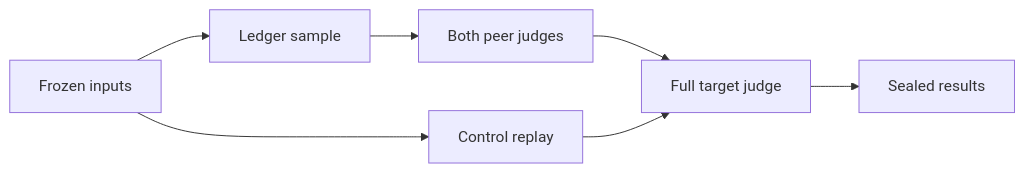
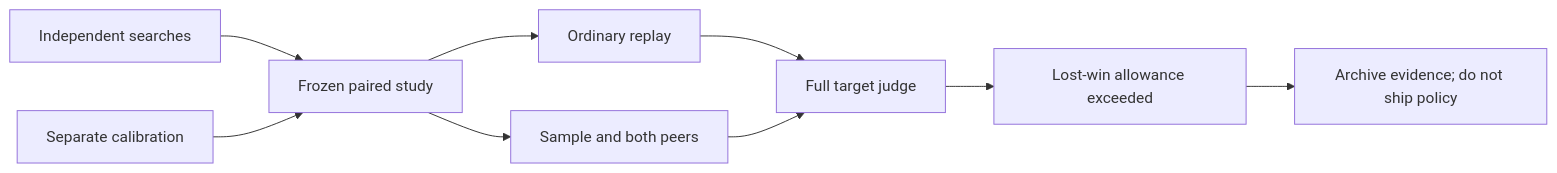
Before and after one commit to stSoftwareAU/NEAT-AI-Rebase: the diagram in docs/archive/pr-summaries/pr-summary-140.md, drawn with Mermaid. The commit also changed other lines of this file, not shown here.

First line of the commit message:
Conclude #140 with the predeclared ledger removal decision

````diff
--- a/docs/archive/pr-summaries/pr-summary-140.md
+++ b/docs/archive/pr-summaries/pr-summary-140.md
@@ -61,9 +53,11 @@
 ```mermaid
 flowchart LR
-    M[Frozen inputs] --> C[Control replay]
-    M --> S[Ledger sample]
-    S --> P[Both peer judges]
-    P --> F[Full target judge]
-    C --> F
-    F --> R[Sealed results]
+    D[Independent searches] --> F[Frozen paired study]
+    C[Separate calibration] --> F
+    F --> O[Ordinary replay]
+    F --> P[Sample and both peers]
+    O --> J[Full target judge]
+    P --> J
+    J --> L[Lost-win allowance exceeded]
+    L --> R[Archive evidence; do not ship policy]
 ```
````
